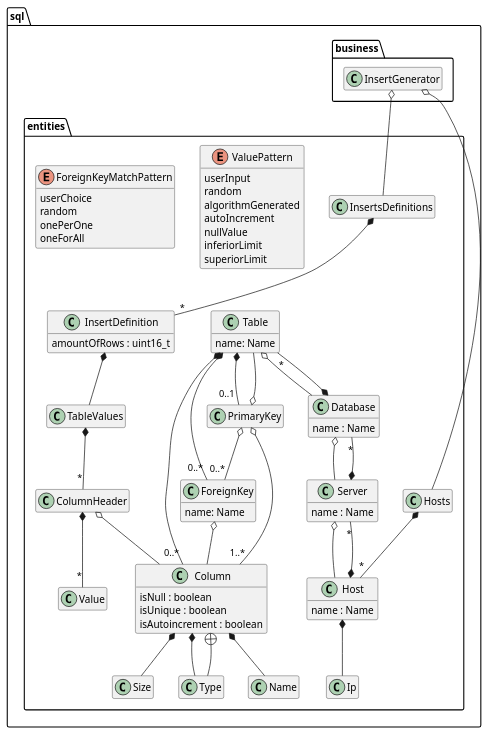
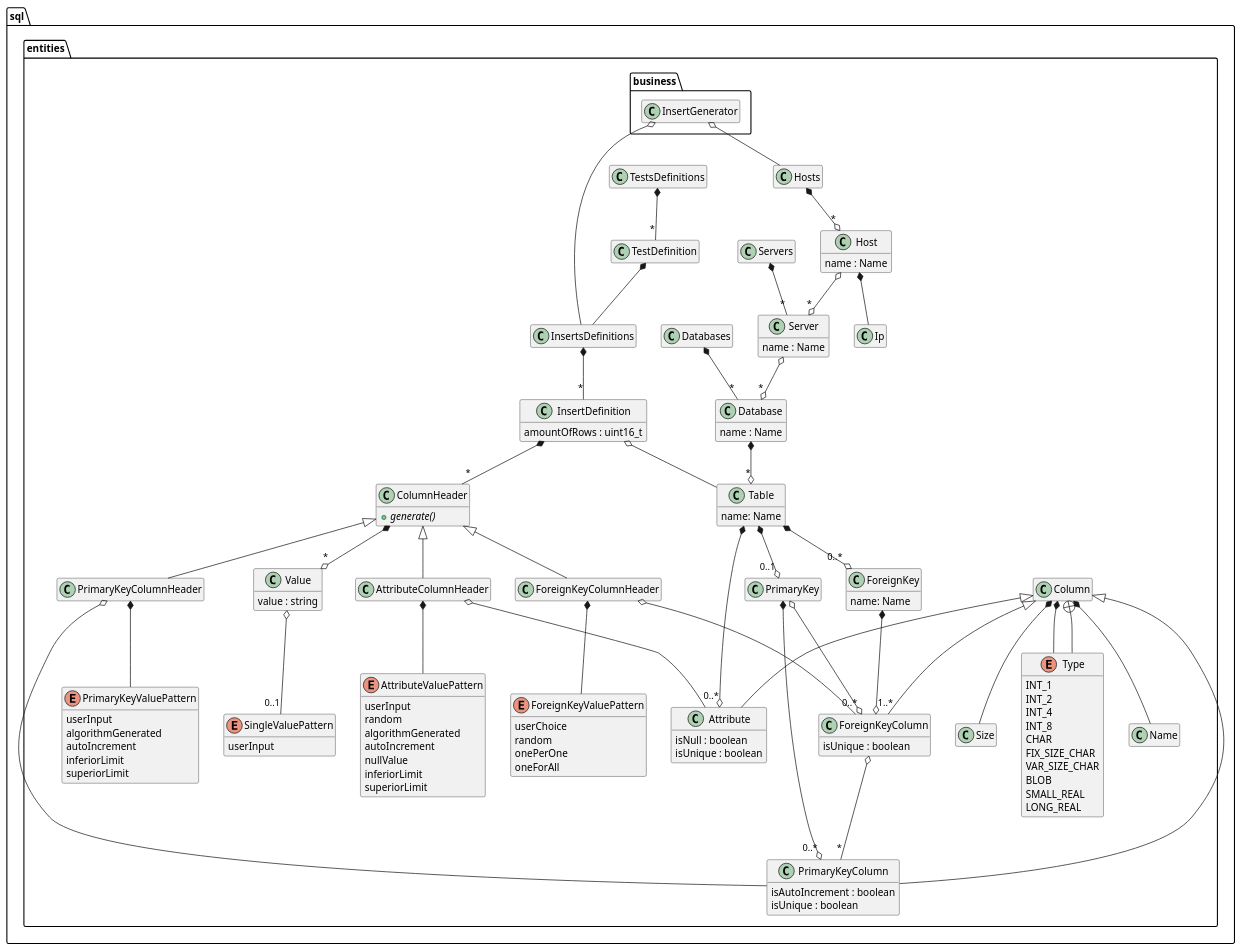
One commit to rodrigocanellas/tenacitas changed the diagram in code/sql/documents/sql.plantuml. Above: the diagram before and after it, drawn with PlantUML. The commit also changed 29 other files, not shown here.

```diff
--- a/code/sql/documents/sql.plantuml
+++ b/code/sql/documents/sql.plantuml
@@ -1,112 +1,187 @@
 @startuml
+
+set namespaceSeparator ::
 
 hide empty members
 allow_mixing
-' left to right direction
-
+'left to right direction
 
 namespace  sql {
 
 namespace entities {
+
 class Size
-class Type
+enum Type {
+	INT_1
+	INT_2
+	INT_4
+	INT_8
+	CHAR
+	FIX_SIZE_CHAR
+	VAR_SIZE_CHAR
+	BLOB
+	SMALL_REAL
+	LONG_REAL
+}
 class Name
-class Column  {
+
+class Column
+
+class Attribute  {
 	isNull : boolean
 	isUnique : boolean
-	isAutoincrement : boolean
+}
+
+class PrimaryKey
+
+class PrimaryKeyColumn  {
+	isAutoIncrement : boolean
+	isUnique : boolean
+}
+
+class ForeignKeyColumn  {
+	isUnique : boolean
 }
 
 class Table  {
 	name: Name
 }
 
-class PrimaryKey 
 
 class ForeignKey  {
 	name: Name
 }
 
 class Database {
 	name : Name
 }
+
 class Ip
+
 class Host {
 	name : Name
 }
+
 class Server {
 	name : Name
 }
+
+class Server
+class Databases
 
 class InsertsDefinitions 
 
 class InsertDefinition {
 	amountOfRows : uint16_t
 }
 
-enum ValuePattern {
+enum AttributeValuePattern {
 	userInput
 	random
 	algorithmGenerated
 	autoIncrement
 	nullValue
 	inferiorLimit
 	superiorLimit 
 }
 
-enum ForeignKeyMatchPattern {
+enum PrimaryKeyValuePattern {
+	userInput
+	algorithmGenerated
+	autoIncrement	 
+	inferiorLimit
+	superiorLimit 
+}
+
+enum ForeignKeyValuePattern {
 	userChoice
 	random
 	onePerOne
 	oneForAll
 }
 
-class TableValues
-class ColumnHeader
 
-TableValues *-- "*"  ColumnHeader
-ColumnHeader o-- Column
-ColumnHeader *-- "*" Value
+enum SingleValuePattern {
+	userInput
+}
 
-InsertDefinition *-- TableValues
+class Value {
+	value : string
+}
 
-Table  *-- "0..*" Column
-Table  *-- "0..1" PrimaryKey 
-Table  *-- "0..*" ForeignKey 
-Table o-- Database
+class ColumnHeader {
+	{abstract} + generate()
+}
+class AttributeColumnHeader
+class PrimaryKeyColumnHeader
+class ForeignKeyColumnHeader
 
-PrimaryKey   o-- Table 
-PrimaryKey  o-- "1..*" Column 
-PrimaryKey  o-- "0..*" ForeignKey 
+class TestDefinition
+class TestsDefinitions
 
-Column  *-- Type
-Column  +-- Type
-Column  *-- Size
-Column  *-- Name
+TestsDefinitions *-- "*" TestDefinition
 
-ForeignKey  o-- Column
+Column *-- Type
+Column +-- Type
+Column *-- Size
+Column *-- Name
 
-Database *-- "*" Table
-Host *-- "*" Server
+TestDefinition *-- InsertsDefinitions
+
+Column <|-- Attribute
+Column <|-- PrimaryKeyColumn 
+Column <|-- ForeignKeyColumn
+
+Table  *--o "0..*" Attribute
+Table  *--o "0..1" PrimaryKey 
+Table  *--o "0..*" ForeignKey
+
+PrimaryKey *--o "0..*" PrimaryKeyColumn 
+PrimaryKey o--o "0..*" ForeignKeyColumn
+
+ForeignKey  *--o "1..*" ForeignKeyColumn 
+
+ForeignKeyColumn o-- "*" PrimaryKeyColumn 
+
+Databases *-- "*" Database
+Database *--o "*" Table
+Host o--o "*" Server
 Host *-- Ip
-Server *-- "*" Database
 
-Database o-- Server
+Servers *-- "*" Server 
+Server o--o "*" Database
 
-Server o-- Host
-
-Hosts *-- "*" Host
+Hosts *--o "*" Host
 
 InsertsDefinitions *-- "*" InsertDefinition
-}
+
+InsertDefinition *-- "*" ColumnHeader
+InsertDefinition o-- Table
+
+AttributeColumnHeader *-- AttributeValuePattern
+AttributeColumnHeader o-- Attribute 
+
+PrimaryKeyColumnHeader *-- PrimaryKeyValuePattern
+PrimaryKeyColumnHeader o-- PrimaryKeyColumn
+
+ForeignKeyColumnHeader *-- ForeignKeyValuePattern
+ForeignKeyColumnHeader o-- ForeignKeyColumn
+
+ColumnHeader *--o  "*" Value
+
+ColumnHeader <|-- AttributeColumnHeader
+ColumnHeader <|-- PrimaryKeyColumnHeader
+ColumnHeader <|-- ForeignKeyColumnHeader
+
+Value o-- "0..1" SingleValuePattern
 
 namespace business {
 class InsertGenerator
 
-InsertGenerator o-- sql.entities.InsertsDefinitions
-InsertGenerator o-- sql.entities.Hosts
+InsertGenerator o-- sql::entities::InsertsDefinitions
+InsertGenerator o-- sql::entities::Hosts
 }
 }
 
 
 @enduml
```
